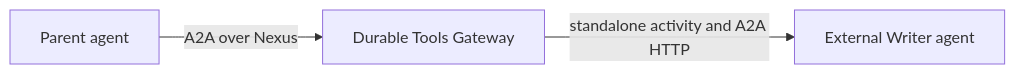
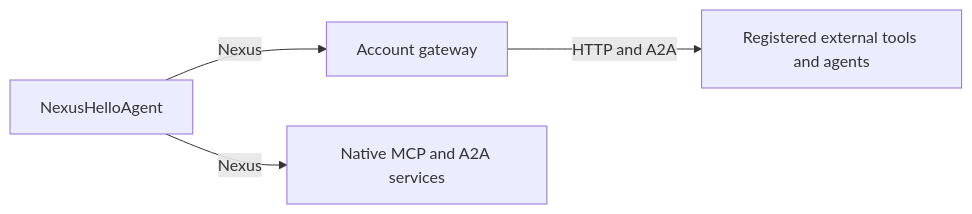
One commit to temporal-community/temporal-agent-harness changed the fourth of 7 diagrams in examples/nexus_hello/README.md. Above: the diagram before and after it, drawn with Mermaid. The commit also changed other lines of this file and 4 other files, not shown here.

Commit message:
Showcase brokered account UI in Nexus Hello

````diff
--- a/examples/nexus_hello/README.md
+++ b/examples/nexus_hello/README.md
@@ -177,5 +123,7 @@
 ```mermaid
 flowchart LR
-    Parent[Parent agent] -->|A2A over Nexus| Gateway[Durable Tools Gateway]
-    Gateway -->|standalone activity and A2A HTTP| Child[External Writer agent]
+    Agent[NexusHelloAgent]
+    Agent -->|Nexus| Gateway[Account gateway]
+    Gateway -->|HTTP and A2A| External[Registered external tools and agents]
+    Agent -->|Nexus| Native[Native MCP and A2A services]
 ```
````
